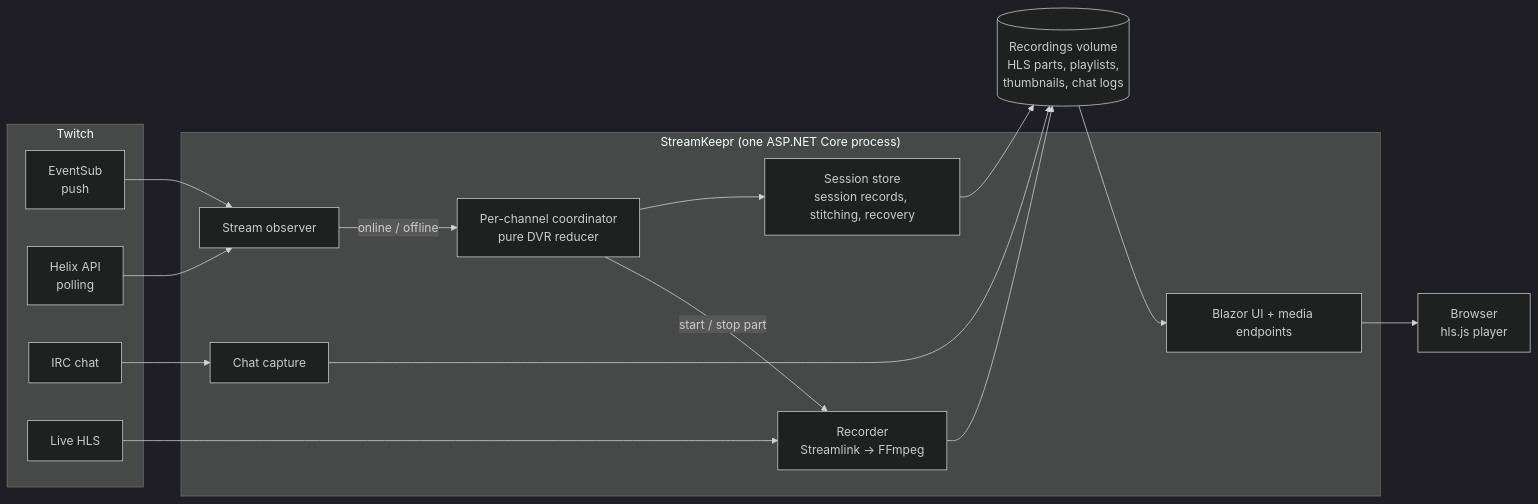
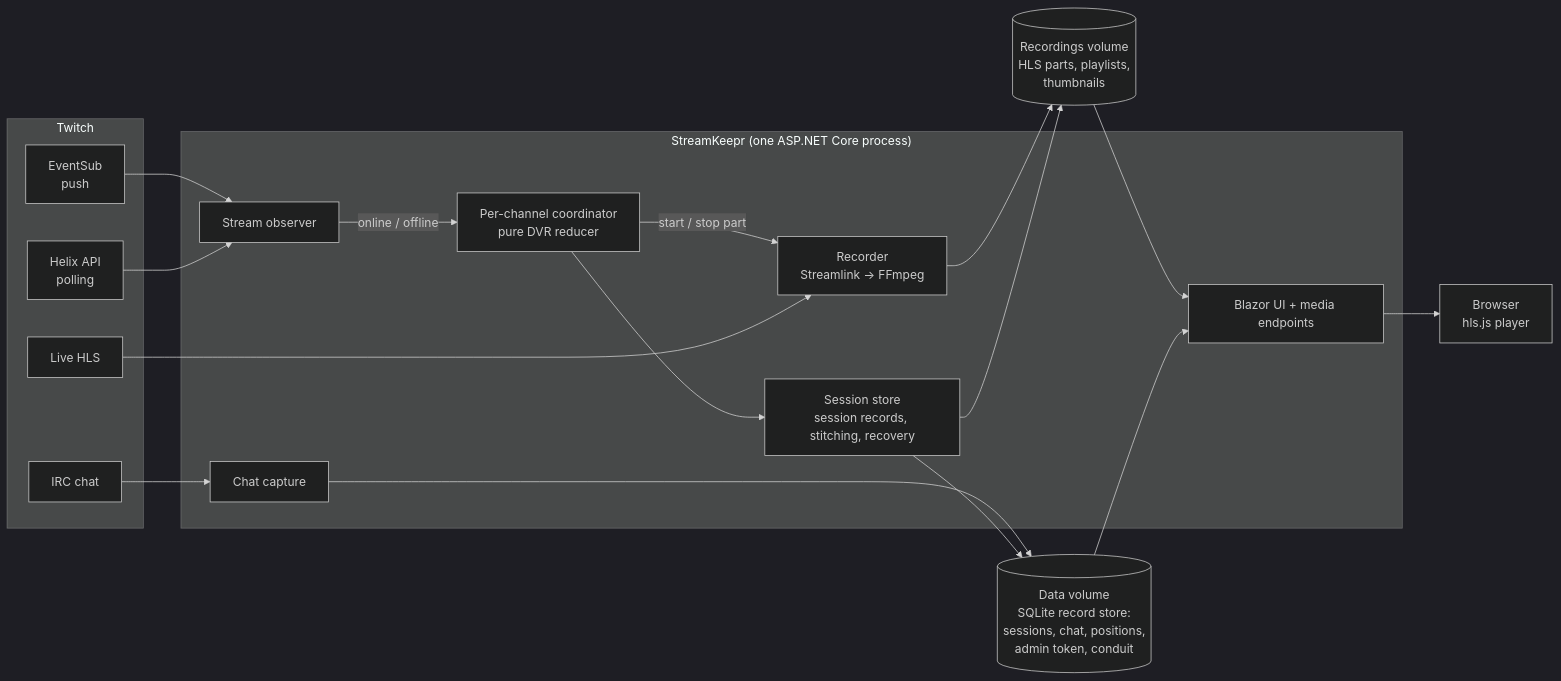
One commit to brandtkstrom/StreamKeepr changed the diagram in README.md. Above: the diagram before and after it, drawn with Mermaid (dark theme). The commit also changed other lines of this file and 12 other files, not shown here.

First line of the commit message:
fix(storage): close review gaps from the SQLite store tickets (#317, #320)

````diff
--- a/README.md
+++ b/README.md
@@ -84,31 +84,34 @@
 ```mermaid
 flowchart LR
     subgraph Twitch
         ES[EventSub<br>push]
         HX[Helix API<br>polling]
         IRC[IRC chat]
         HLS[Live HLS]
     end
 
     subgraph StreamKeepr["StreamKeepr (one ASP.NET Core process)"]
         OBS[Stream observer]
         DVR[Per-channel coordinator<br>pure DVR reducer]
         REC[Recorder<br>Streamlink → FFmpeg]
         CHAT[Chat capture]
         STORE[Session store<br>session records, stitching, recovery]
         WEB[Blazor UI + media endpoints]
     end
 
-    DISK[(Recordings volume<br>HLS parts, playlists,<br>thumbnails, chat logs)]
+    DISK[(Recordings volume<br>HLS parts, playlists,<br>thumbnails)]
+    DB[(Data volume<br>SQLite record store:<br>sessions, chat, positions,<br>admin token, conduit)]
     BROWSER[Browser<br>hls.js player]
 
     ES --> OBS
     HX --> OBS
     OBS -->|online / offline| DVR
     DVR -->|start / stop part| REC
     HLS --> REC
     REC --> DISK
-    IRC --> CHAT --> DISK
+    IRC --> CHAT --> DB
     DVR --> STORE --> DISK
+    STORE --> DB
     DISK --> WEB --> BROWSER
+    DB --> WEB
 ```
````
